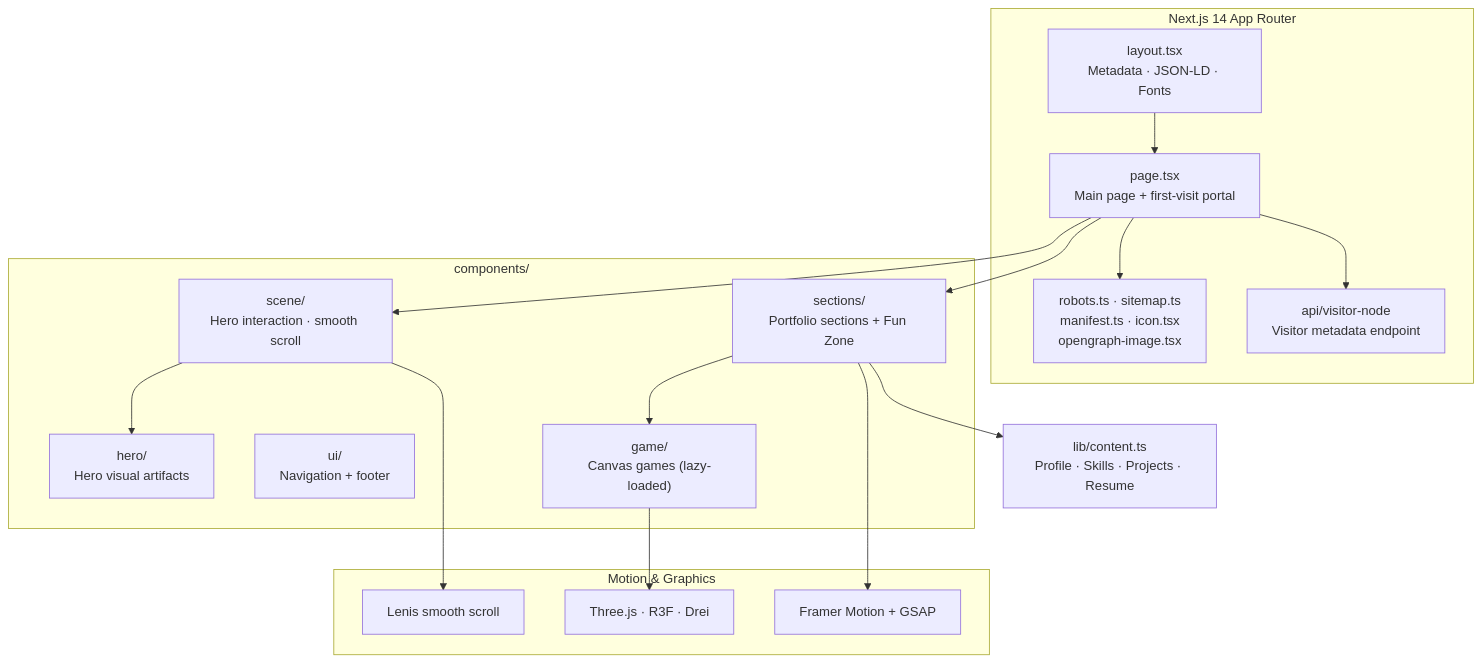
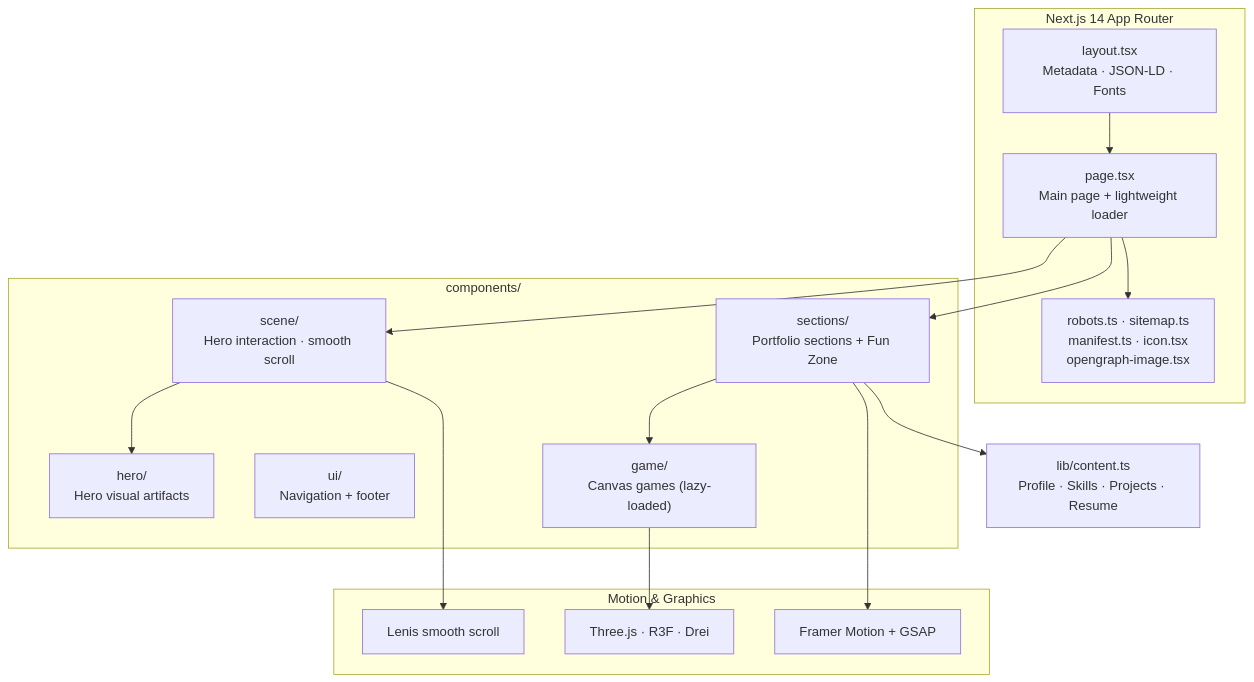
One commit to bharat-poojari/shadow-portfolio changed the first of 2 diagrams in README.md. Above: the diagram before and after it, drawn with Mermaid. The commit also changed other lines of this file and 1 other file, not shown here.

````diff
--- a/README.md
+++ b/README.md
@@ -73,37 +73,35 @@
 ```mermaid
 flowchart TD
     subgraph APP["Next.js 14 App Router"]
         L["layout.tsx<br/>Metadata · JSON-LD · Fonts"]
-        P["page.tsx<br/>Main page + first-visit portal"]
+        P["page.tsx<br/>Main page + lightweight loader"]
         SEO["robots.ts · sitemap.ts<br/>manifest.ts · icon.tsx<br/>opengraph-image.tsx"]
-        API["api/visitor-node<br/>Visitor metadata endpoint"]
     end
 
     subgraph COMPONENTS["components/"]
         SCENE["scene/<br/>Hero interaction · smooth scroll"]
         HERO["hero/<br/>Hero visual artifacts"]
         SECTIONS["sections/<br/>Portfolio sections + Fun Zone"]
         UI["ui/<br/>Navigation + footer"]
         GAME["game/<br/>Canvas games (lazy-loaded)"]
     end
 
     subgraph INFRA["Motion & Graphics"]
         FM["Framer Motion + GSAP"]
         LENIS["Lenis smooth scroll"]
         R3F["Three.js · R3F · Drei"]
     end
 
     CONTENT["lib/content.ts<br/>Profile · Skills · Projects · Resume"]
 
     L --> P
     P --> SCENE
     P --> SECTIONS
     SCENE --> HERO
     SCENE --> LENIS
     SECTIONS --> GAME
     SECTIONS --> FM
     GAME --> R3F
     SECTIONS --> CONTENT
     P --> SEO
-    P --> API
 ```
````
